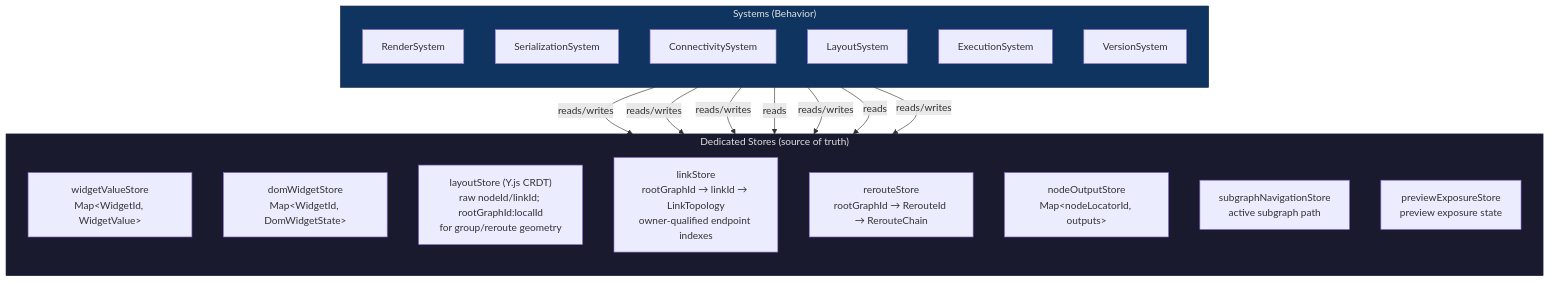
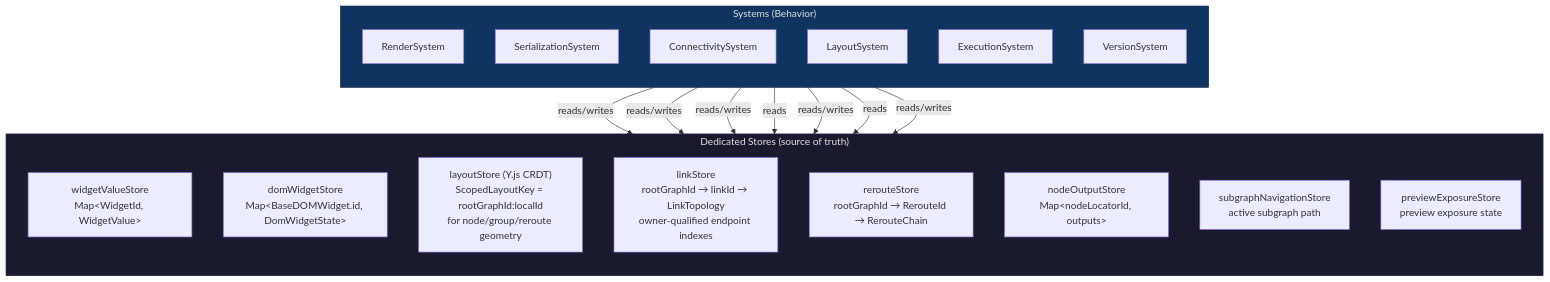
Before and after one commit to Comfy-Org/ComfyUI_frontend: the first of 12 diagrams in docs/architecture/ecs-target-architecture.md, drawn with Mermaid. The commit also changed other lines of this file and 20 other files, not shown here.

````diff
--- a/docs/architecture/ecs-target-architecture.md
+++ b/docs/architecture/ecs-target-architecture.md
@@ -12,45 +14,45 @@
 ```mermaid
 graph TD
     subgraph Stores["Dedicated Stores (source of truth)"]
         direction TB
         WidgetValueStore["widgetValueStore
 Map&lt;WidgetId, WidgetValue&gt;"]
         DomWidgetStore["domWidgetStore
-Map&lt;WidgetId, DomWidgetState&gt;"]
+Map&lt;BaseDOMWidget.id, DomWidgetState&gt;"]
         LayoutStore["layoutStore (Y.js CRDT)
-raw nodeId/linkId; rootGraphId:localId
-for group/reroute geometry"]
+ScopedLayoutKey = rootGraphId:localId
+for node/group/reroute geometry"]
         LinkStore["linkStore
 rootGraphId → linkId → LinkTopology
 owner-qualified endpoint indexes"]
         RerouteStore["rerouteStore
 rootGraphId → RerouteId → RerouteChain"]
         NodeOutputStore["nodeOutputStore
 Map&lt;nodeLocatorId, outputs&gt;"]
         SubgraphNavStore["subgraphNavigationStore
 active subgraph path"]
         PreviewExposureStore["previewExposureStore
 preview exposure state"]
     end
 
     subgraph Systems["Systems (Behavior)"]
         direction TB
         RS["RenderSystem"]
         SS["SerializationSystem"]
         CS["ConnectivitySystem"]
         LS["LayoutSystem"]
         ES["ExecutionSystem"]
         VS["VersionSystem"]
     end
 
     RS -->|reads| Stores
     SS -->|reads/writes| Stores
     CS -->|reads/writes| LinkStore
     CS -->|reads/writes| RerouteStore
     LS -->|reads/writes| LayoutStore
     ES -->|reads| NodeOutputStore
     VS -->|reads/writes| LayoutStore
 
     style Stores fill:#1a1a2e,stroke:#16213e,color:#e0e0e0
     style Systems fill:#0f3460,stroke:#16213e,color:#e0e0e0
 ```
````
